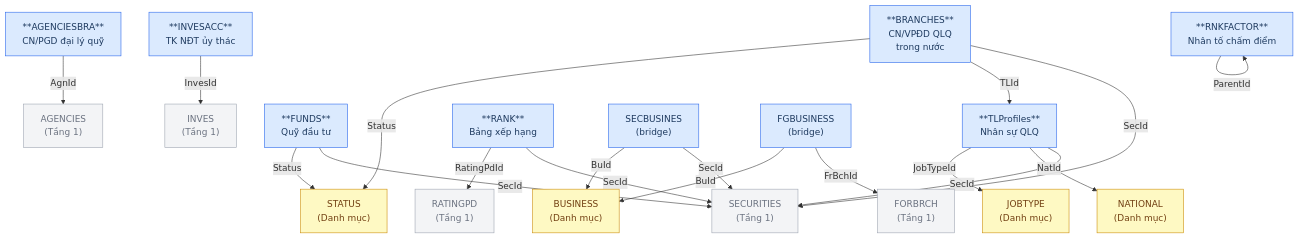
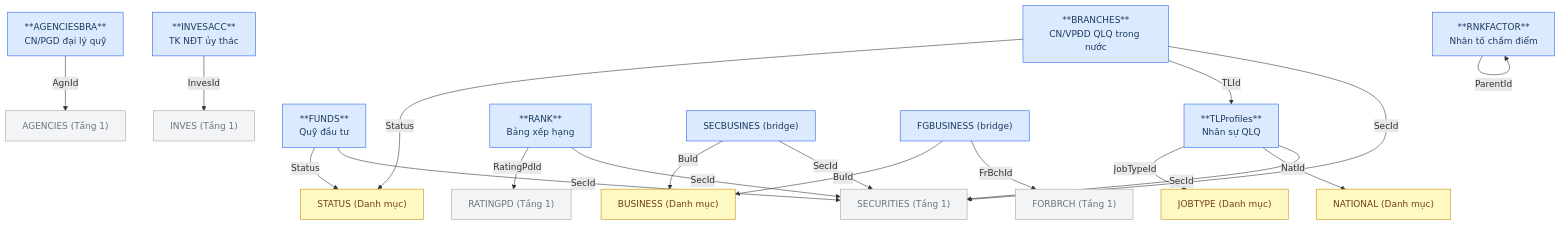
Diagram 15 of 16 in Silver/hld/FMS_HLD_Tier2.md (linhlvit/ubck_atomic_design), drawn with Mermaid before and after one commit. The commit also changed other lines of this file and 1 other file, not shown here.

````diff
--- a/Silver/hld/FMS_HLD_Tier2.md
+++ b/Silver/hld/FMS_HLD_Tier2.md
@@ -427,45 +373,45 @@
 ```mermaid
 graph TD
     classDef src fill:#dbeafe,stroke:#2563eb,color:#1e3a5f
     classDef ref fill:#f3f4f6,stroke:#9ca3af,color:#6b7280
     classDef dim fill:#fef9c3,stroke:#ca8a04,color:#713f12
 
-    SECURITIES["SECURITIES\n(Tầng 1)"]:::ref
-    FORBRCH["FORBRCH\n(Tầng 1)"]:::ref
-    AGENCIES["AGENCIES\n(Tầng 1)"]:::ref
-    INVES["INVES\n(Tầng 1)"]:::ref
-    RATINGPD["RATINGPD\n(Tầng 1)"]:::ref
+    SECURITIES["SECURITIES (Tầng 1)"]:::ref
+    FORBRCH["FORBRCH (Tầng 1)"]:::ref
+    AGENCIES["AGENCIES (Tầng 1)"]:::ref
+    INVES["INVES (Tầng 1)"]:::ref
+    RATINGPD["RATINGPD (Tầng 1)"]:::ref
 
-    STATUS["STATUS\n(Danh mục)"]:::dim
-    NATIONAL["NATIONAL\n(Danh mục)"]:::dim
-    JOBTYPE["JOBTYPE\n(Danh mục)"]:::dim
-    BUSINESS["BUSINESS\n(Danh mục)"]:::dim
+    STATUS["STATUS (Danh mục)"]:::dim
+    NATIONAL["NATIONAL (Danh mục)"]:::dim
+    JOBTYPE["JOBTYPE (Danh mục)"]:::dim
+    BUSINESS["BUSINESS (Danh mục)"]:::dim
 
     FUNDS["**FUNDS**\nQuỹ đầu tư"]:::src
-    BRANCHES["**BRANCHES**\nCN/VPĐD QLQ\ntrong nước"]:::src
+    BRANCHES["**BRANCHES**\nCN/VPĐD QLQ trong nước"]:::src
     TLProfiles["**TLProfiles**\nNhân sự QLQ"]:::src
     AGENCIESBRA["**AGENCIESBRA**\nCN/PGD đại lý quỹ"]:::src
     INVESACC["**INVESACC**\nTK NĐT ủy thác"]:::src
     RANK["**RANK**\nBảng xếp hạng"]:::src
     RNKFACTOR["**RNKFACTOR**\nNhân tố chấm điểm"]:::src
-    SECBUSINES["SECBUSINES\n(bridge)"]:::src
-    FGBUSINESS["FGBUSINESS\n(bridge)"]:::src
+    SECBUSINES["SECBUSINES (bridge)"]:::src
+    FGBUSINESS["FGBUSINESS (bridge)"]:::src
 
     FUNDS -->|SecId| SECURITIES
     FUNDS -->|Status| STATUS
     BRANCHES -->|SecId| SECURITIES
     BRANCHES -->|TLId| TLProfiles
     BRANCHES -->|Status| STATUS
     TLProfiles -->|SecId| SECURITIES
     TLProfiles -->|NatId| NATIONAL
     TLProfiles -->|JobTypeId| JOBTYPE
     AGENCIESBRA -->|AgnId| AGENCIES
     INVESACC -->|InvesId| INVES
     RANK -->|SecId| SECURITIES
     RANK -->|RatingPdId| RATINGPD
     RNKFACTOR -->|ParentId| RNKFACTOR
     SECBUSINES -->|SecId| SECURITIES
     SECBUSINES -->|BuId| BUSINESS
     FGBUSINESS -->|FrBchId| FORBRCH
     FGBUSINESS -->|BuId| BUSINESS
 ```
````
